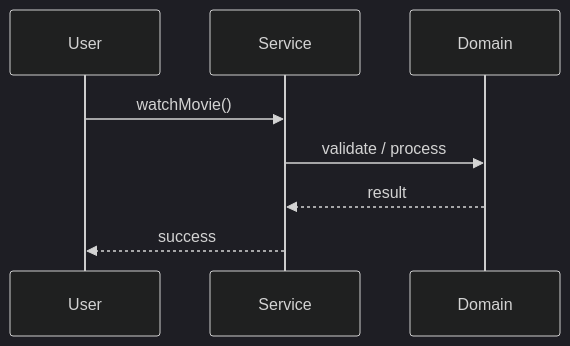
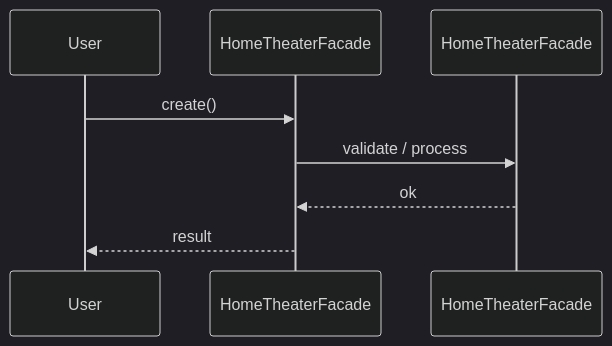
Before and after one commit to madhupaila/Interview-Prep-SSE: the second of 3 diagrams in Learn/System Design - Low Level Design/03-design-patterns/questions/Q09-facade-home-theater.md, drawn with Mermaid (dark theme). The commit also changed other lines of this file and 491 other files, not shown here.

````diff
--- a/Learn/System Design - Low Level Design/03-design-patterns/questions/Q09-facade-home-theater.md
+++ b/Learn/System Design - Low Level Design/03-design-patterns/questions/Q09-facade-home-theater.md
@@ -121,10 +146,10 @@
 ```mermaid
 sequenceDiagram
-    participant U as User
-    participant S as Service
-    participant D as Domain
-    U->>S: watchMovie()
-    S->>D: validate / process
-    D-->>S: result
-    S-->>U: success
+participant U as User
+participant S as HomeTheaterFacade
+participant D as HomeTheaterFacade
+U->>S: create()
+S->>D: validate / process
+D-->>S: ok
+S-->>U: result
 ```
````
